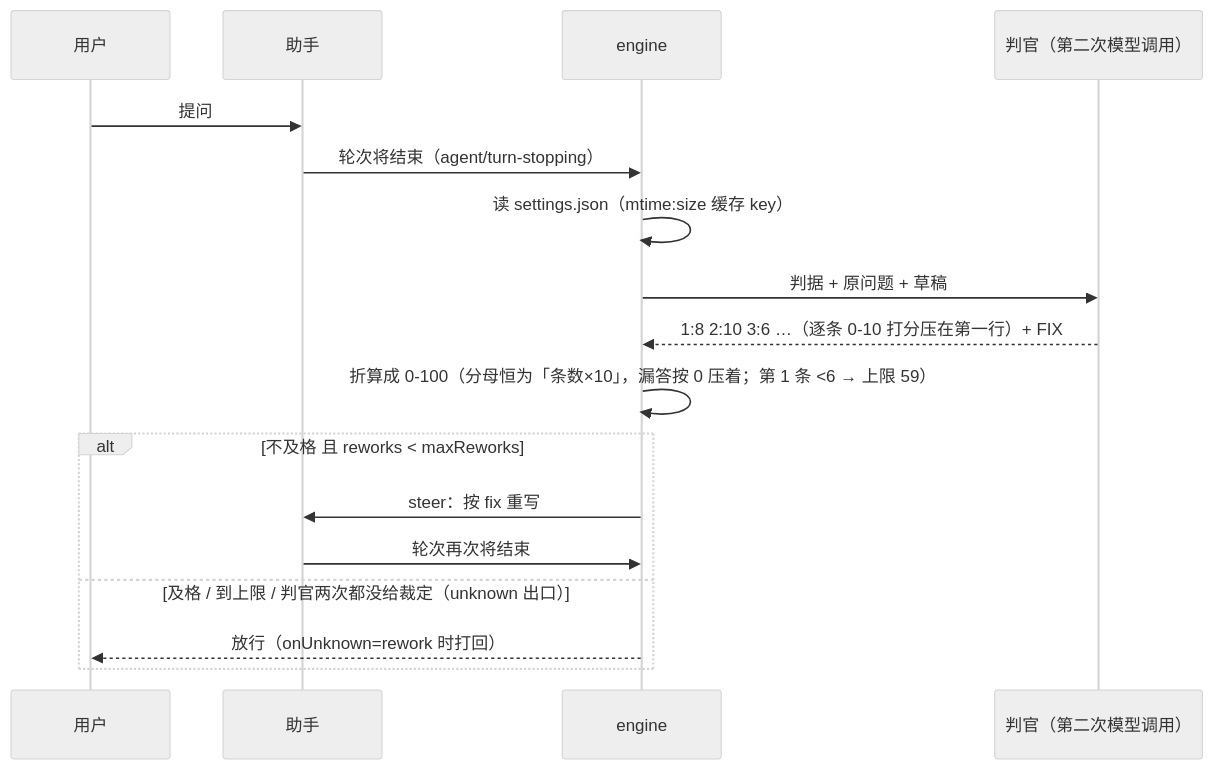
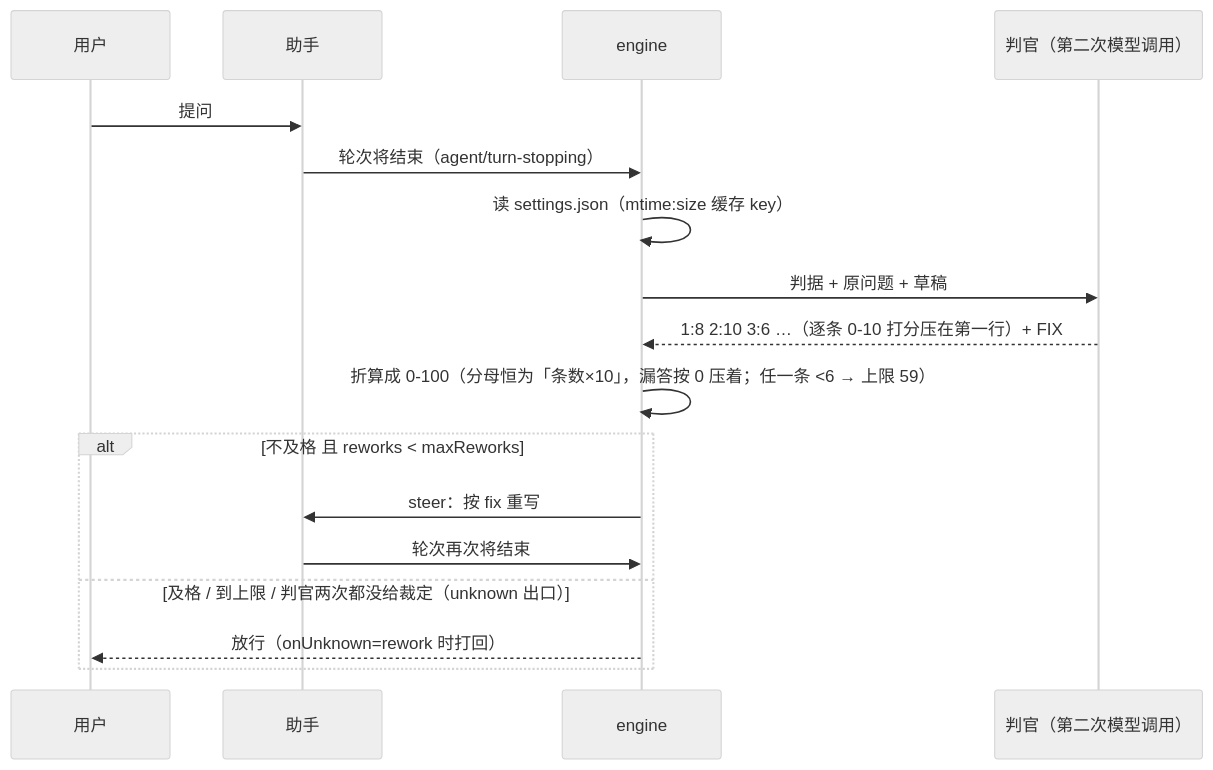
Before and after one commit to wdj20050927/dsh-quality-guard: the diagram in README.md, drawn with Mermaid (neutral theme). The commit also changed other lines of this file and 6 other files, not shown here.

````diff
--- a/README.md
+++ b/README.md
@@ -35,19 +35,19 @@
 ```mermaid
 sequenceDiagram
     participant U as 用户
     participant A as 助手
     participant E as engine
     participant J as 判官（第二次模型调用）
     U->>A: 提问
     A->>E: 轮次将结束（agent/turn-stopping）
     E->>E: 读 settings.json（mtime:size 缓存 key）
     E->>J: 判据 + 原问题 + 草稿
     J-->>E: 1:8 2:10 3:6 …（逐条 0-10 打分压在第一行）+ FIX
-    E->>E: 折算成 0-100（分母恒为「条数×10」，漏答按 0 压着；第 1 条 <6 → 上限 59）
+    E->>E: 折算成 0-100（分母恒为「条数×10」，漏答按 0 压着；任一条 <6 → 上限 59）
     alt 不及格 且 reworks < maxReworks
         E->>A: steer：按 fix 重写
         A->>E: 轮次再次将结束
     else 及格 / 到上限 / 判官两次都没给裁定（unknown 出口）
         E-->>U: 放行（onUnknown=rework 时打回）
     end
 ```
````
